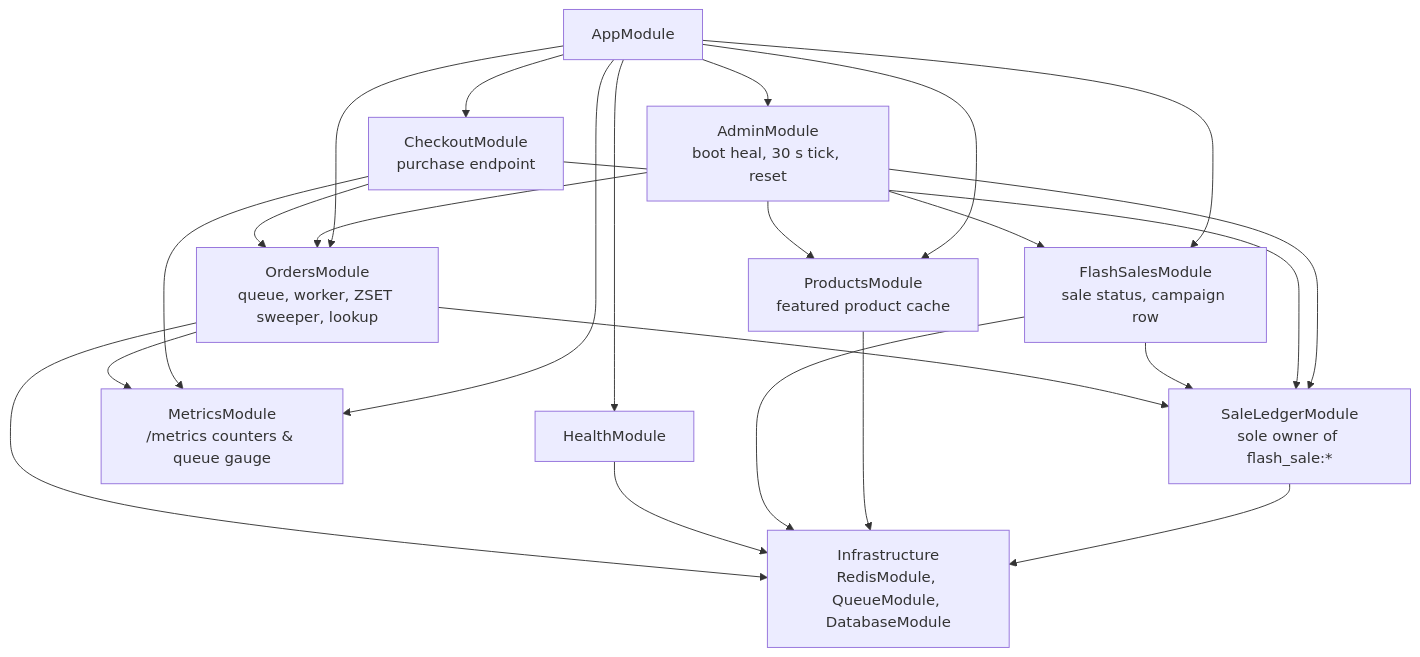
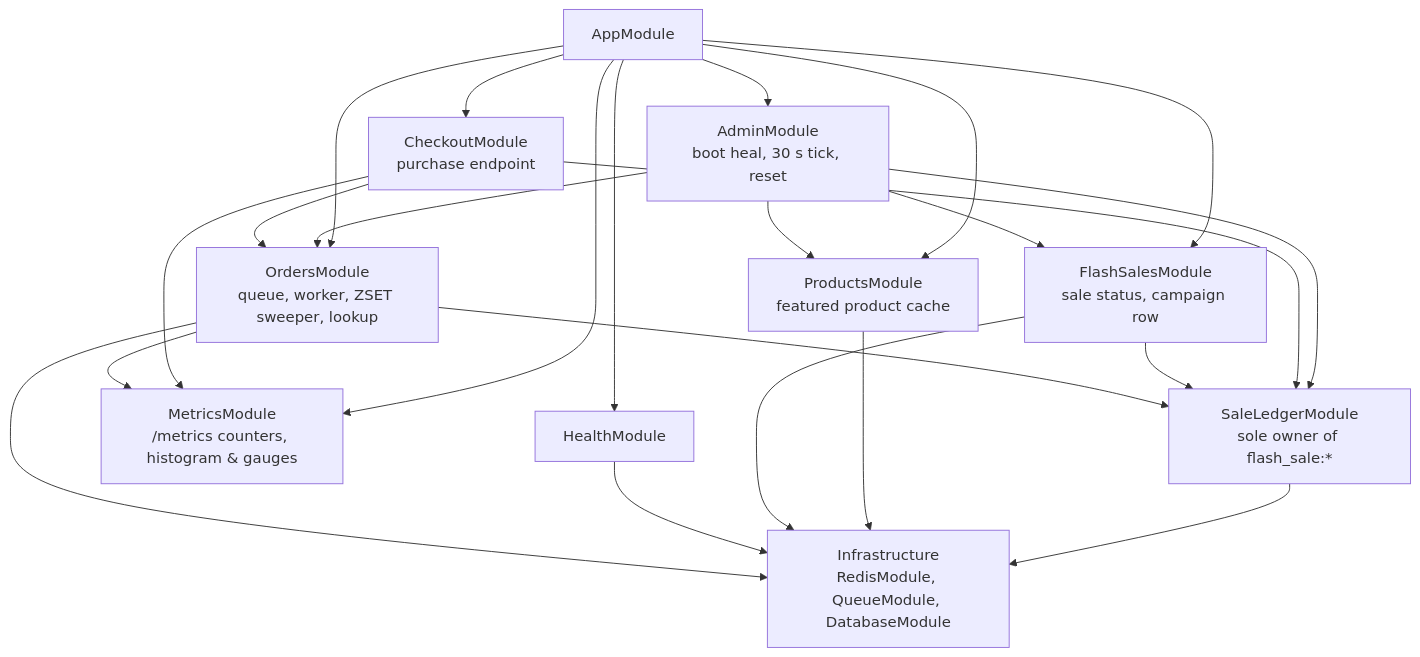
Before and after one commit to minhhieple97/flash-sale-system: the sixth of 6 diagrams in docs/architecture.md, drawn with Mermaid. The commit also changed other lines of this file and 2 other files, not shown here.

Commit message:
docs: document HTTP latency and DB pool metrics, x-request-id, and browser E2E test

````diff
--- a/docs/architecture.md
+++ b/docs/architecture.md
@@ -212,21 +212,21 @@
 ```mermaid
 flowchart TD
     app[AppModule]
     admin["AdminModule<br/>boot heal, 30 s tick, reset"]
     checkout["CheckoutModule<br/>purchase endpoint"]
     flash["FlashSalesModule<br/>sale status, campaign row"]
     orders["OrdersModule<br/>queue, worker, ZSET sweeper, lookup"]
     products["ProductsModule<br/>featured product cache"]
     health[HealthModule]
-    metrics["MetricsModule<br/>/metrics counters & queue gauge"]
+    metrics["MetricsModule<br/>/metrics counters, histogram & gauges"]
     ledger["SaleLedgerModule<br/>sole owner of flash_sale:*"]
     infra["Infrastructure<br/>RedisModule, QueueModule, DatabaseModule"]
 
     app --> admin & checkout & flash & orders & products & health & metrics
     admin --> products & flash & orders & ledger
     checkout --> orders & ledger & metrics
     flash --> ledger
     orders --> ledger & metrics
     ledger --> infra
     products & flash & health & orders --> infra
 ```
````
